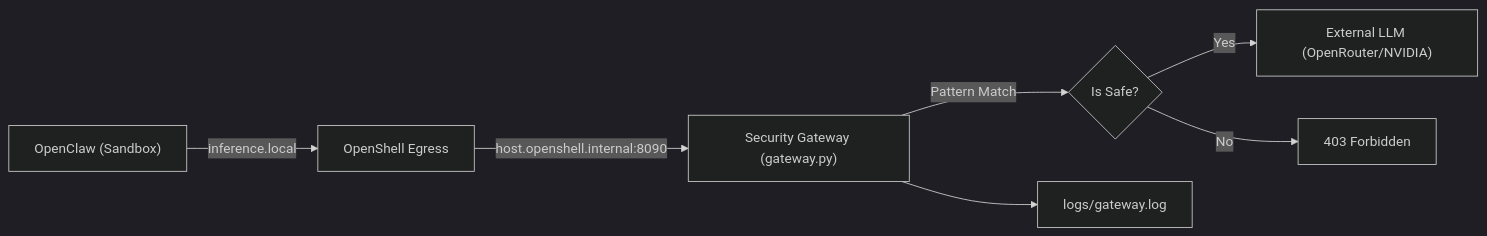
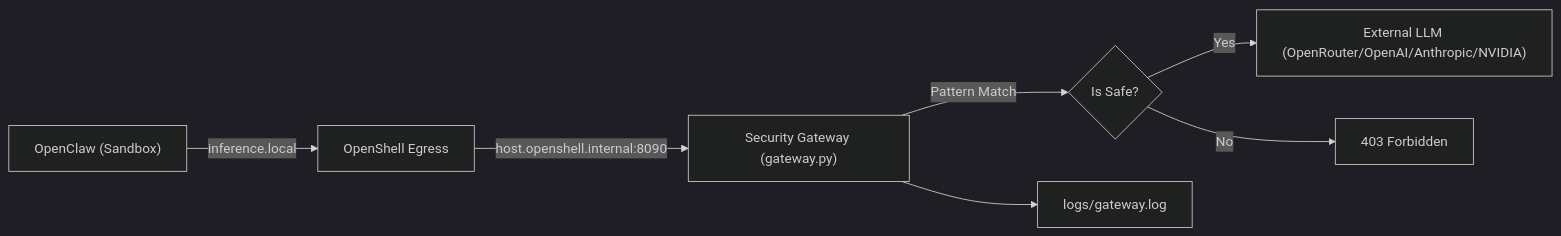
Before and after one commit to bforecast/openclaw-guard: the diagram in README.md, drawn with Mermaid (dark theme). The commit also changed other lines of this file and 2 other files, not shown here.

````diff
--- a/README.md
+++ b/README.md
@@ -13,9 +13,9 @@
 ```mermaid
 flowchart LR
     A["OpenClaw (Sandbox)"] -->|inference.local| B["OpenShell Egress"]
     B -->|host.openshell.internal:8090| C["Security Gateway (gateway.py)"]
     C -->|Pattern Match| D{Is Safe?}
-    D -->|Yes| E["External LLM (OpenRouter/NVIDIA)"]
+    D -->|Yes| E["External LLM (OpenRouter/OpenAI/Anthropic/NVIDIA)"]
     D -->|No| F["403 Forbidden"]
     C --> G["logs/gateway.log"]
 ```
````
